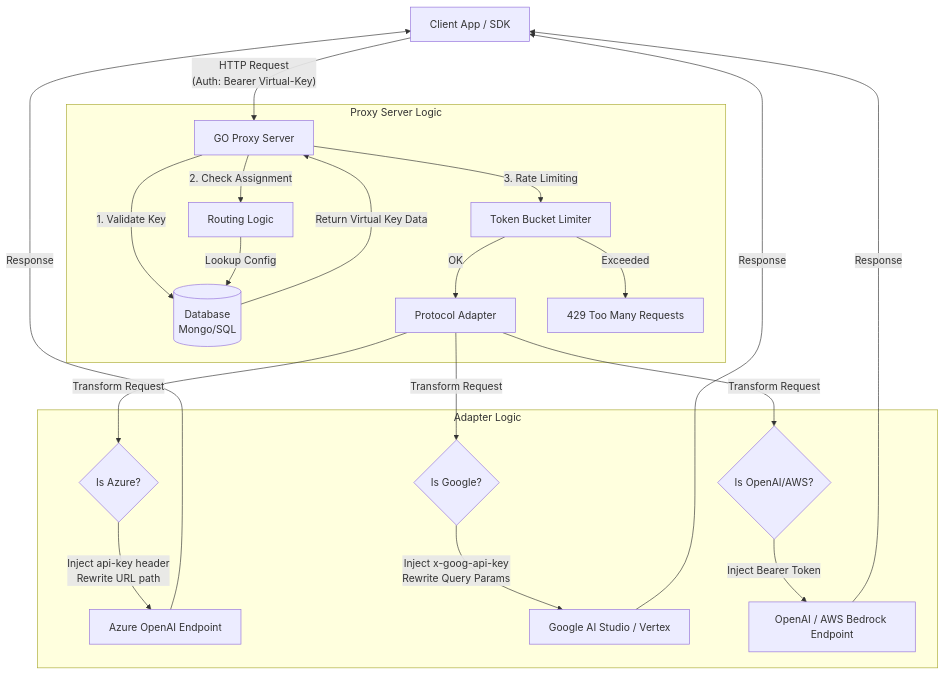
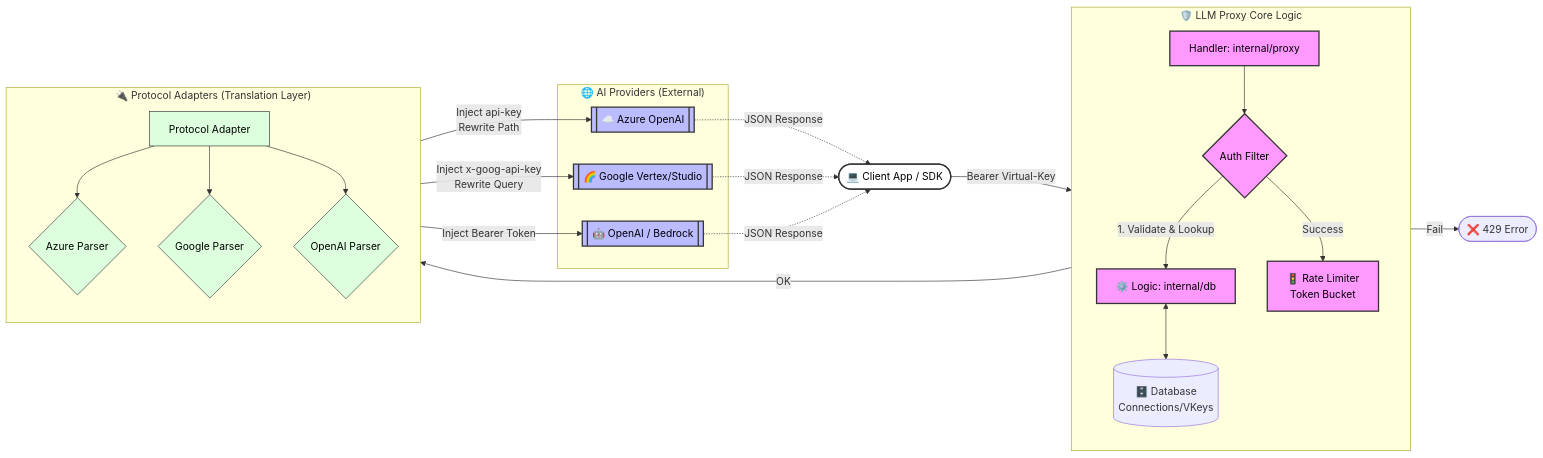
One commit to supakornemch/go-llm-proxy-server changed the diagram in docs/GUIDE_TH.md. Above: the diagram before and after it, drawn with Mermaid.

Commit message:
Enhance Mermaid diagram with modern Draw.io style and styling classes

````diff
--- a/docs/GUIDE_TH.md
+++ b/docs/GUIDE_TH.md
@@ -11,30 +11,61 @@
 ```mermaid
-flowchart TD
-    Client[Client App / SDK] -->|"HTTP Request\n(Auth: Bearer Virtual-Key)"| Proxy[GO Proxy Server]
+flowchart LR
+    %% Node Definitions
+    Client([💻 Client App / SDK])
     
-    subgraph "Proxy Server Logic"
-        Proxy -->|"1. Validate Key"| DB[(Database\nMongo/SQL)]
-        DB -->|"Return Virtual Key Data"| Proxy
-        
-        Proxy -->|"2. Check Assignment"| Logic[Routing Logic]
-        Logic -->|"Lookup Config"| DB
-        
-        Proxy -->|"3. Rate Limiting"| RateLimiter[Token Bucket Limiter]
-        RateLimiter --"OK"--> Adapter[Protocol Adapter]
-        RateLimiter --"Exceeded"--> Reject["429 Too Many Requests"]
+    subgraph Core ["🛡️ LLM Proxy Core Logic"]
+        direction TB
+        Proxy[Handler: internal/proxy]
+        Auth{Auth Filter}
+        DB[(🗄️ Database\nConnections/VKeys)]
+        Limiter[🚦 Rate Limiter\nToken Bucket]
+        Manager[⚙️ Logic: internal/db]
     end
 
-    subgraph "Adapter Logic"
-        Adapter -->|"Transform Request"| Azure{Is Azure?}
-        Adapter -->|"Transform Request"| Google{Is Google?}
-        Adapter -->|"Transform Request"| Standard{Is OpenAI/AWS?}
-
-        Azure -->|"Inject api-key header\nRewrite URL path"| AzureEP[Azure OpenAI Endpoint]
-        Google -->|"Inject x-goog-api-key\nRewrite Query Params"| GoogleEP[Google AI Studio / Vertex]
-        Standard -->|"Inject Bearer Token"| StandardEP[OpenAI / AWS Bedrock Endpoint]
+    subgraph Adapters ["🔌 Protocol Adapters (Translation Layer)"]
+        direction TB
+        Adapter[Protocol Adapter]
+        AzureAdapter{Azure Parser}
+        GoogleAdapter{Google Parser}
+        StandardAdapter{OpenAI Parser}
     end
 
-    AzureEP -->|Response| Client
-    GoogleEP -->|Response| Client
-    StandardEP -->|Response| Client
+    subgraph Providers ["🌐 AI Providers (External)"]
+        AzureEP[[☁️ Azure OpenAI]]
+        GoogleEP[[🌈 Google Vertex/Studio]]
+        OpenAIEP[[🤖 OpenAI / Bedrock]]
+    end
+
+    %% Flow Connections
+    Client -->|"Bearer Virtual-Key"| Proxy
+    Proxy --> Auth
+    Auth -->|"1. Validate & Lookup"| Manager
+    Manager <--> DB
+    Auth --"Success"--> Limiter
+    Limiter --"OK"--> Adapter
+    Limiter --"Fail"--> Reject([❌ 429 Error])
+
+    Adapter --> AzureAdapter
+    Adapter --> GoogleAdapter
+    Adapter --> StandardAdapter
+
+    AzureAdapter -->|"Inject api-key\nRewrite Path"| AzureEP
+    GoogleAdapter -->|"Inject x-goog-api-key\nRewrite Query"| GoogleEP
+    StandardAdapter -->|"Inject Bearer Token"| OpenAIEP
+
+    %% Response Flow
+    AzureEP -.->|"JSON Response"| Client
+    GoogleEP -.->|"JSON Response"| Client
+    OpenAIEP -.->|"JSON Response"| Client
+
+    %% Styling
+    classDef coreNode fill:#f9f,stroke:#333,stroke-width:2px,color:#000
+    classDef providerNode fill:#bbf,stroke:#333,stroke-width:2px,color:#000
+    classDef adapterNode fill:#dfd,stroke:#333,stroke-width:1px,color:#000
+    classDef clientNode fill:#fff,stroke:#333,stroke-width:2px,color:#000
+
+    class Proxy,Auth,Limiter,Manager coreNode
+    class AzureEP,GoogleEP,OpenAIEP providerNode
+    class Adapter,AzureAdapter,GoogleAdapter,StandardAdapter adapterNode
+    class Client clientNode
 ```
````
